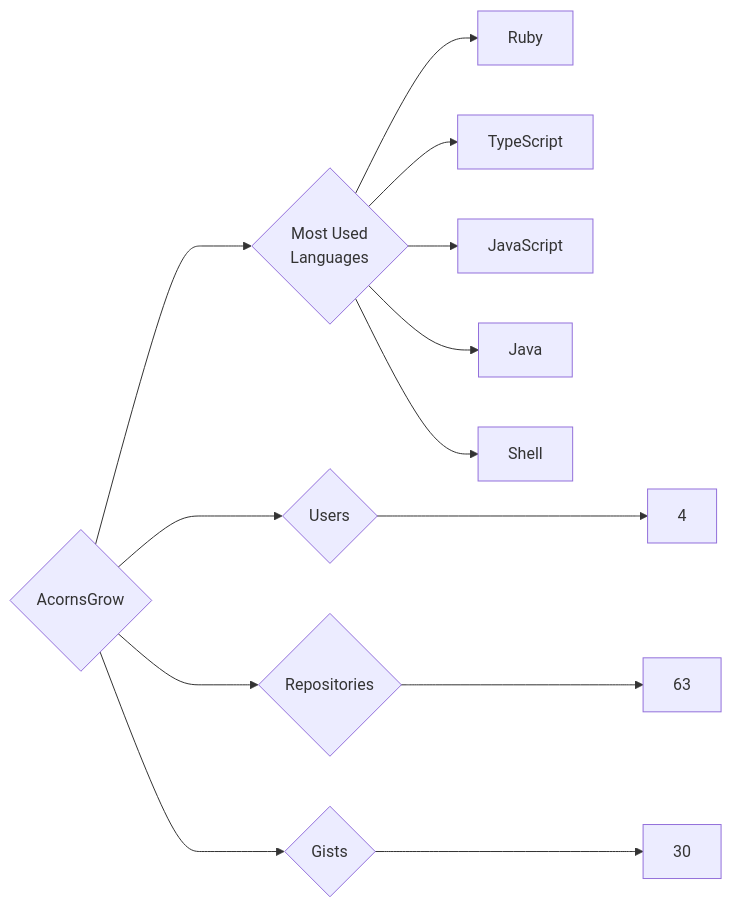
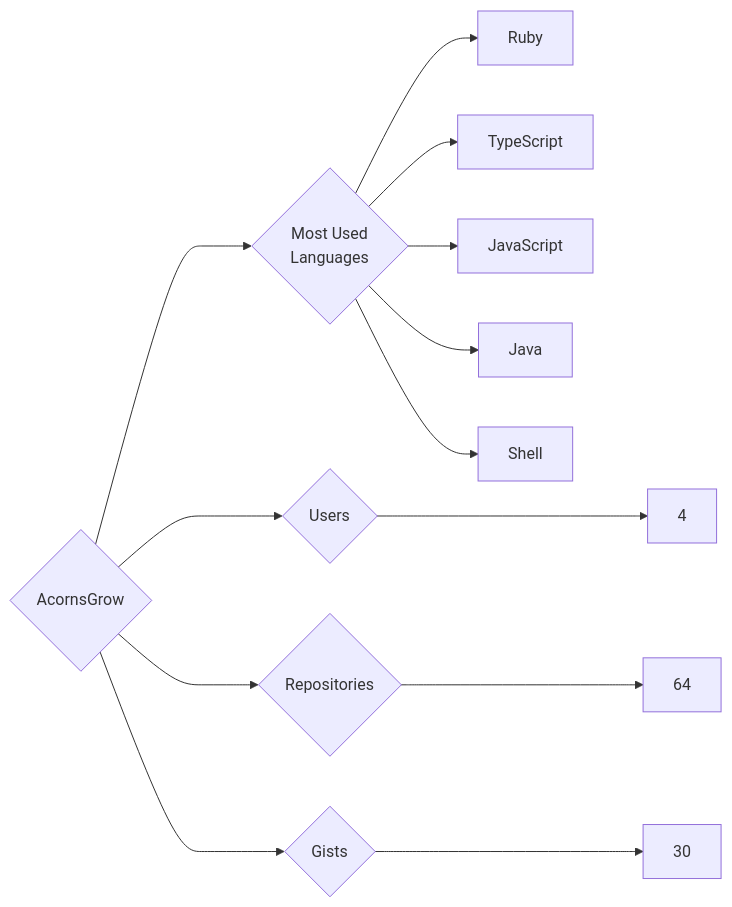
The diagram in targets/AcornsGrow/README.md (trickest/insiders), drawn with Mermaid before and after one commit. The commit also changed 440 other files, not shown here.

````diff
--- a/targets/AcornsGrow/README.md
+++ b/targets/AcornsGrow/README.md
@@ -3,13 +3,13 @@
 ```mermaid
 graph LR
 COMPANY_NAME{AcornsGrow}
 COMPANY_NAME ---> U{Users} ---> UN[4]
-COMPANY_NAME ---> R{Repositories} ---> RN[63]
+COMPANY_NAME ---> R{Repositories} ---> RN[64]
 COMPANY_NAME ---> G{Gists} ---> GN[30]
 COMPANY_NAME ---> ML{Most Used<br>Languages}
 ML --> Ruby[Ruby]
 ML --> TypeScript[TypeScript]
 ML --> JavaScript[JavaScript]
 ML --> Java[Java]
 ML --> Shell[Shell]
 ```
````
